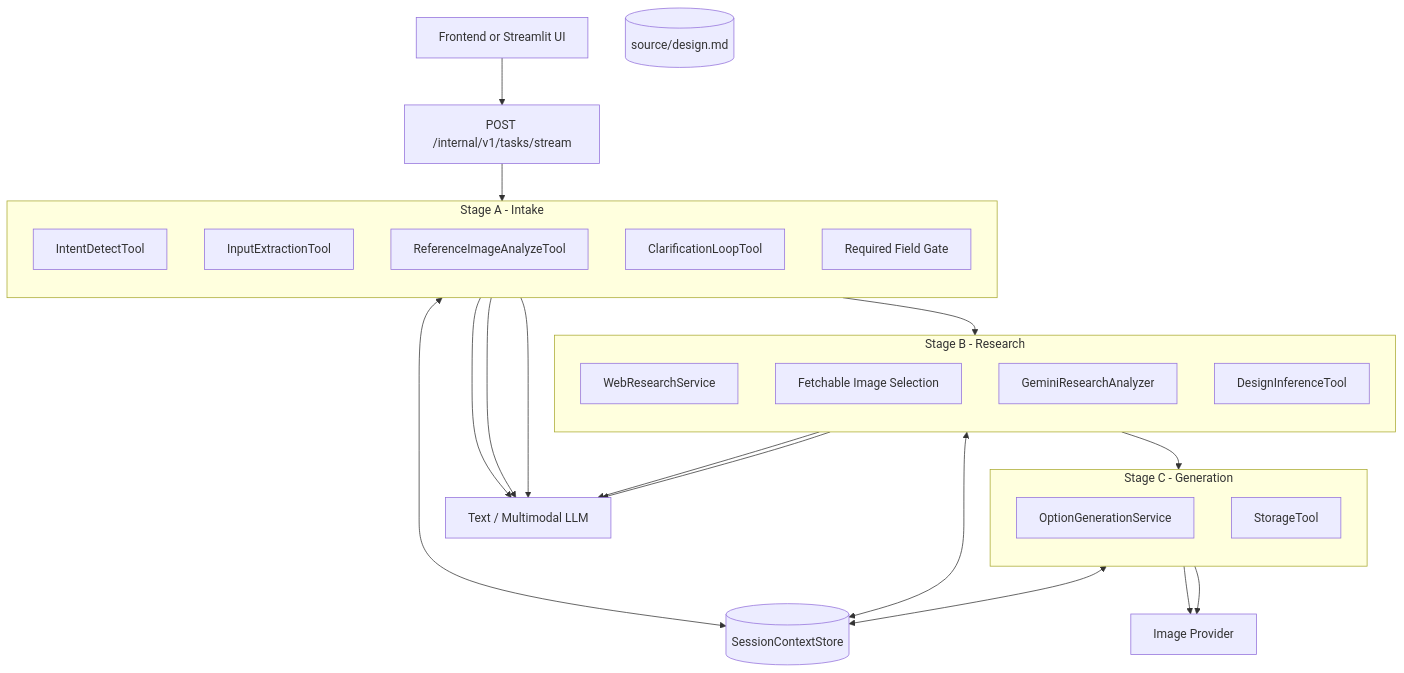
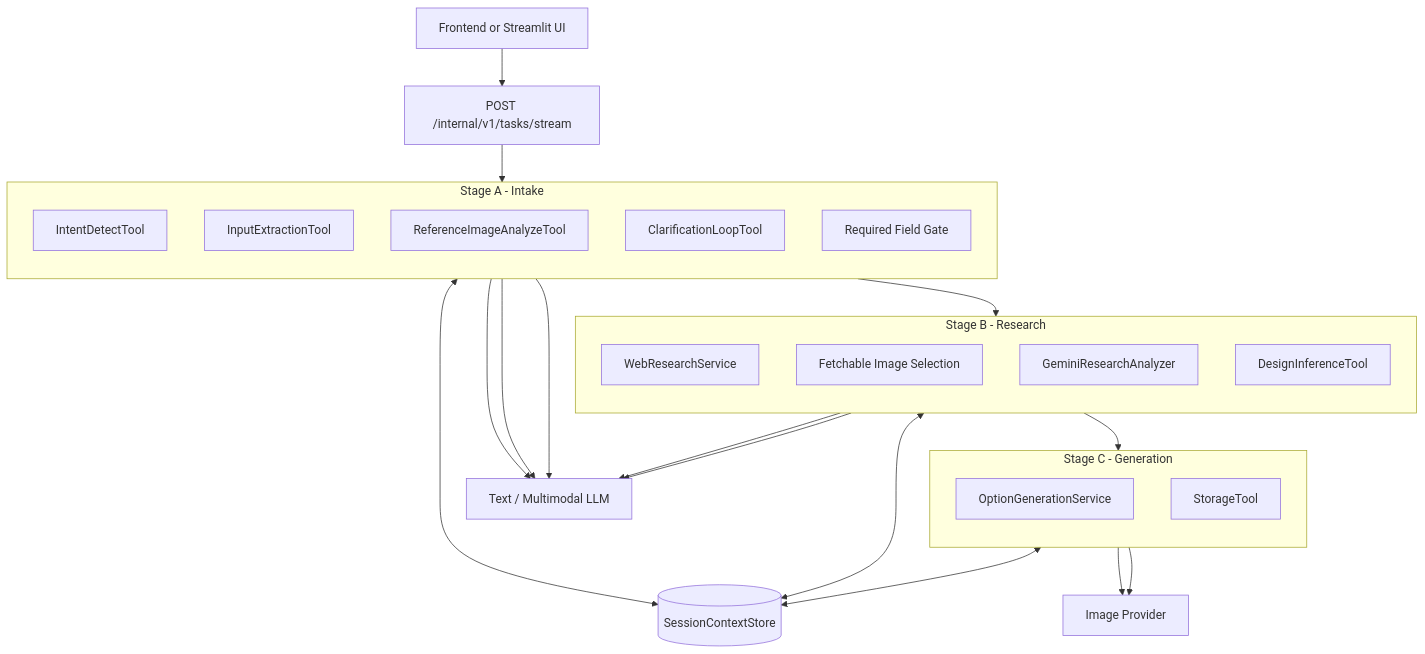
The second of 3 diagrams in architecture.md (Ne4nf/Agent-Memory), drawn with Mermaid before and after one commit. The commit also changed other lines of this file, not shown here.

````diff
--- a/architecture.md
+++ b/architecture.md
@@ -151,46 +150,45 @@
 ```mermaid
 graph TD
   FE[Frontend or Streamlit UI]
   TASK[POST /internal/v1/tasks/stream]
 
   subgraph A[Stage A - Intake]
     direction TB
     A1[IntentDetectTool]
     A2[InputExtractionTool]
     A3[ReferenceImageAnalyzeTool]
     A4[ClarificationLoopTool]
     A5[Required Field Gate]
   end
 
   subgraph B[Stage B - Research]
     direction TB
     B1[WebResearchService]
     B2[Fetchable Image Selection]
     B3[GeminiResearchAnalyzer]
     B4[DesignInferenceTool]
   end
 
   subgraph C[Stage C - Generation]
     direction TB
     C1[OptionGenerationService]
     C2[StorageTool]
   end
 
   CTX[(SessionContextStore)]
-  DM[(source/design.md)]
   LLM[Text / Multimodal LLM]
   IMG[Image Provider]
 
   FE --> TASK --> A --> B --> C
 
   A <--> CTX
   B <--> CTX
   C <--> CTX
   A1 --> LLM
   A2 --> LLM
   A3 --> LLM
   B3 --> LLM
   B4 --> LLM
   C1 --> IMG
   C2 --> IMG
 ```
````
